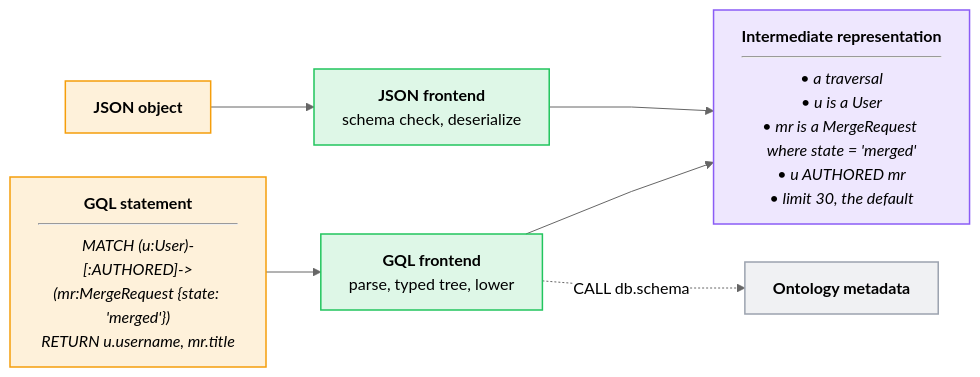
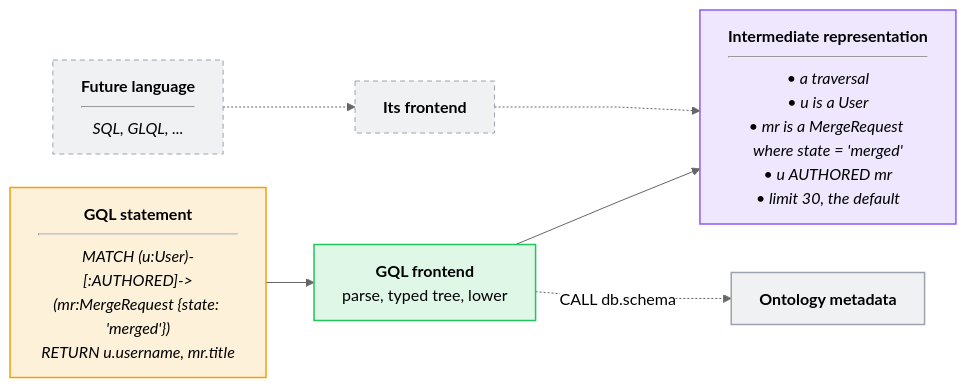
Before and after one commit to gitlabhq/orbit-knowledge-graph: the fourth of 10 diagrams in docs/pages/engineering/architecture/query-engine.md, drawn with Mermaid (neutral theme). The commit also changed other lines of this file and 6 other files, not shown here.

Commit message:
docs(architecture): drop the query languages page and frame the engine as language and backend agnostic

````diff
--- a/docs/pages/engineering/architecture/query-engine.md
+++ b/docs/pages/engineering/architecture/query-engine.md
@@ -192,26 +193,28 @@
 ```mermaid
 %%{init: {"flowchart": {"curve": "linear", "nodeSpacing": 28, "rankSpacing": 48, "padding": 14}}}%%
 flowchart LR
     accTitle: Frontends and the intermediate representation, with the example query
-    accDescr: The JSON and GQL frontends both produce the intermediate representation. The example GQL statement becomes a traversal with two node selectors, one AUTHORED relationship, and the default limit.
-    JSON["<b>JSON object</b>"]
-    JF["<b>JSON frontend</b><br/>schema check, deserialize"]
+    accDescr: The GQL frontend turns the example statement into the intermediate representation. A future language would add its own frontend that produces the same representation.
     GQL["<b>GQL statement</b><hr/><i>MATCH (u:User)-[:AUTHORED]-><br/>(mr:MergeRequest {state: 'merged'})<br/>RETURN u.username, mr.title</i>"]
     GF["<b>GQL frontend</b><br/>parse, typed tree, lower"]
+    Future["<b>Future language</b><hr/><i>SQL, GLQL, ...</i>"]
+    FF["<b>Its frontend</b>"]
     IR["<b>Intermediate representation</b><hr/><i>• a traversal<br/>• u is a User<br/>• mr is a MergeRequest where state = 'merged'<br/>• u AUTHORED mr<br/>• limit 30, the default</i>"]
     Schema["<b>Ontology metadata</b>"]
-    JSON --> JF --> IR
     GQL --> GF --> IR
+    Future -.-> FF -.-> IR
     GF -.->|"CALL db.schema"| Schema
 
     classDef pass fill:#22C55E26,stroke:#22C55E,stroke-width:1.5px
     classDef state fill:#8B5CF626,stroke:#8B5CF6,stroke-width:1.5px
     classDef caller fill:#F59E0B26,stroke:#F59E0B,stroke-width:1.5px
     classDef data fill:#3B82F626,stroke:#3B82F6,stroke-width:1.5px
     classDef external fill:#9CA3AF26,stroke:#9CA3AF,stroke-width:1.5px
     classDef reject fill:#EF444426,stroke:#EF4444,stroke-width:1.5px
-    class JSON,GQL caller
-    class JF,GF pass
+    classDef future fill:#9CA3AF26,stroke:#9CA3AF,stroke-dasharray:5 4
+    class GQL caller
+    class GF pass
     class IR state
     class Schema external
+    class Future,FF future
 ```
````
